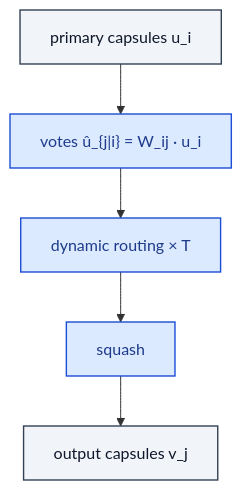
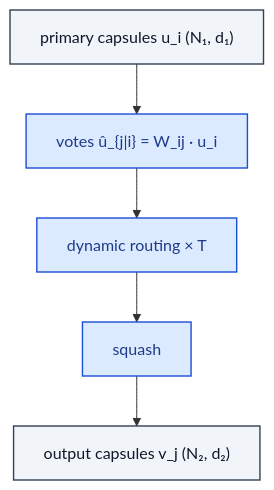
One commit to RealityShifts/Srivastava-book-of-Blocks-diagrams changed the diagram in specialized/CapsuleLayer.md. Above: the diagram before and after it, drawn with Mermaid. The commit also changed 123 other files, not shown here.

````diff
--- a/specialized/CapsuleLayer.md
+++ b/specialized/CapsuleLayer.md
@@ -7,21 +7,22 @@
 ```mermaid
 flowchart TD
-    n0_0["primary capsules u_i"]:::io
+    n0_0["primary capsules u_i  (N₁, d₁)"]:::io
     n1_0["votes  û_{j|i} = W_ij · u_i"]:::op
     n2_0["dynamic routing × T"]:::op
     n3_0["squash"]:::op
-    n4_0["output capsules v_j"]:::io
+    n4_0["output capsules v_j  (N₂, d₂)"]:::io
     n0_0 --> n1_0
     n1_0 --> n2_0
     n2_0 --> n3_0
     n3_0 --> n4_0
     classDef io fill:#f1f5f9,stroke:#334155,stroke-width:1.4px,color:#0f172a
     classDef op fill:#dbeafe,stroke:#1d4ed8,stroke-width:1.4px,color:#1e3a8a
     classDef norm fill:#dcfce7,stroke:#15803d,stroke-width:1.4px,color:#14532d
     classDef act fill:#ffedd5,stroke:#c2410c,stroke-width:1.4px,color:#7c2d12
     classDef attn fill:#ede9fe,stroke:#6d28d9,stroke-width:1.4px,color:#4c1d95
     classDef merge fill:#fef3c7,stroke:#b45309,stroke-width:1.4px,color:#78350f
     classDef emb fill:#fef9c3,stroke:#a16207,stroke-width:1.4px,color:#713f12
     classDef loss fill:#fee2e2,stroke:#b91c1c,stroke-width:1.4px,color:#7f1d1d
     classDef ctrl fill:#f5f5f4,stroke:#52525b,stroke-width:1.4px,color:#27272a
+    classDef ref fill:#e0f2fe,stroke:#0369a1,stroke-width:2px,color:#0c4a6e,stroke-dasharray: 4 2
 ```
````
